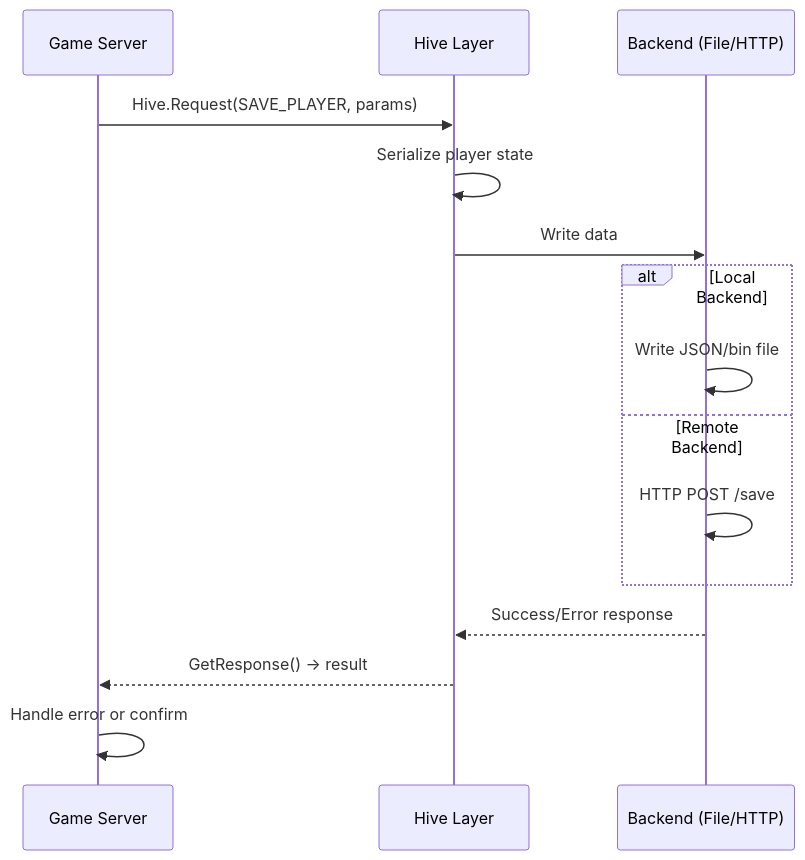
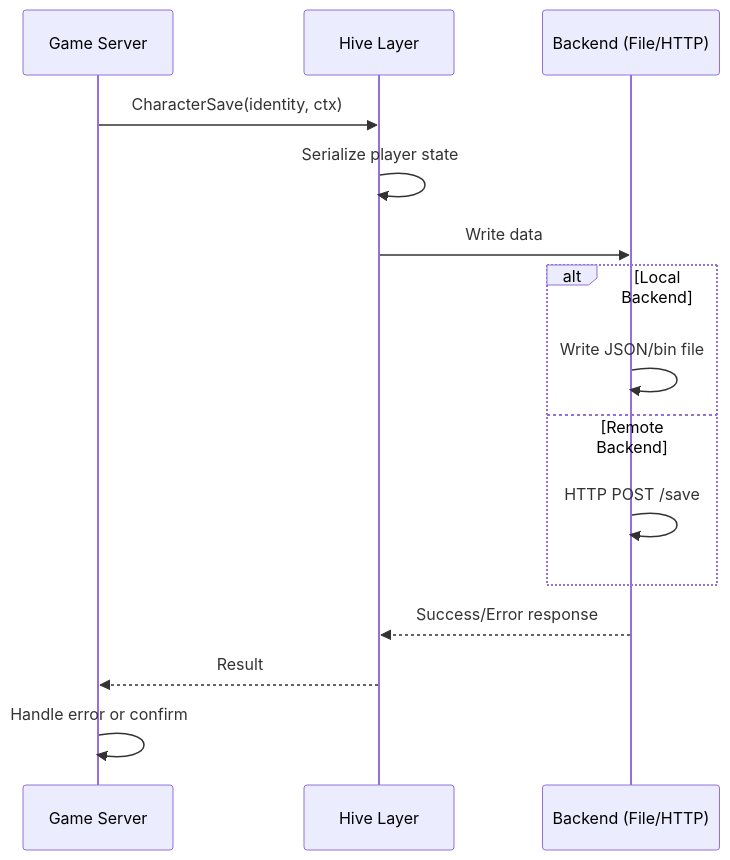
Before and after one commit to rogersau/DayZ-Scripts-Wiki: the second of 3 diagrams in docs/game-systems/persistence-hive.md, drawn with Mermaid. The commit also changed other lines of this file and 48 other files, not shown here.

````diff
--- a/docs/game-systems/persistence-hive.md
+++ b/docs/game-systems/persistence-hive.md
@@ -69,20 +64,20 @@
 ```mermaid
 sequenceDiagram
     participant Server as Game Server
     participant Hive as Hive Layer
     participant Backend as Backend (File/HTTP)
     
-    Server->>Hive: Hive.Request(SAVE_PLAYER, params)
+    Server->>Hive: CharacterSave(identity, ctx)
     Hive->>Hive: Serialize player state
     Hive->>Backend: Write data
     
     alt Local Backend
         Backend->>Backend: Write JSON/bin file
     else Remote Backend
         Backend->>Backend: HTTP POST /save
     end
     
     Backend-->>Hive: Success/Error response
-    Hive-->>Server: GetResponse() → result
+    Hive-->>Server: Result
     Server->>Server: Handle error or confirm
 ```
````
